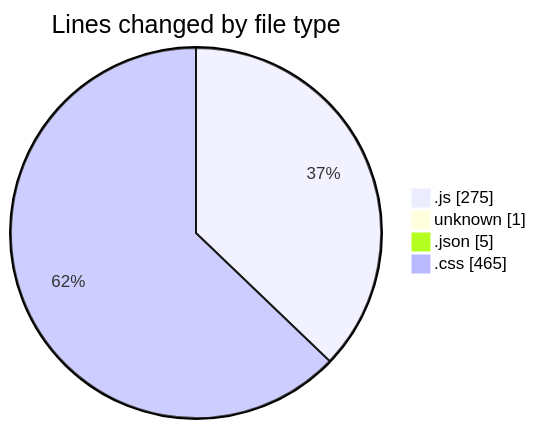
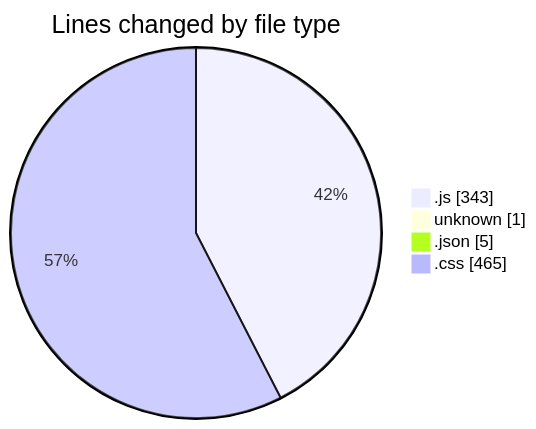
Before and after one commit to BS-eng2023/code-tracking: the first of 2 diagrams in 2025-03-27/vms-backend/README.md, drawn with Mermaid. The commit also changed other lines of this file and 1 other file, not shown here.

````diff
--- a/2025-03-27/vms-backend/README.md
+++ b/2025-03-27/vms-backend/README.md
@@ -28,8 +30,8 @@
 ```mermaid
 pie showData
 title Lines changed by file type
-".js" : 275
+".js" : 343
 "unknown" : 1
 ".json" : 5
 ".css" : 465
 ```
````
